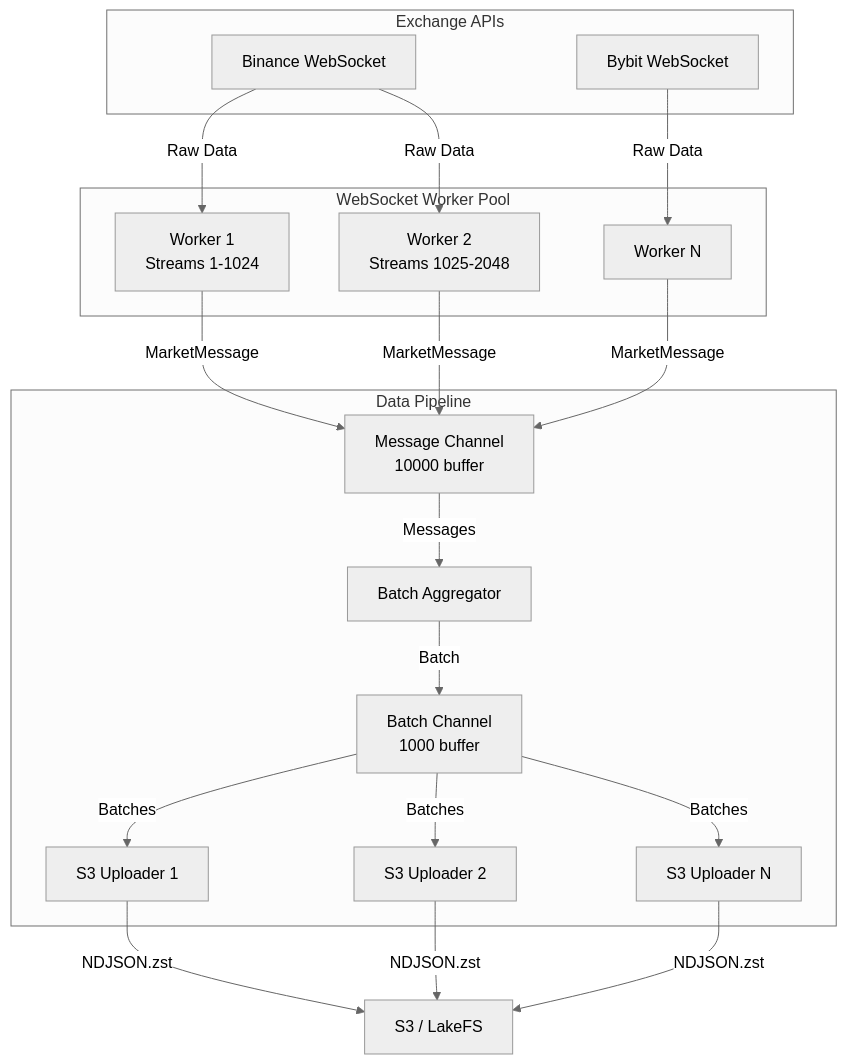
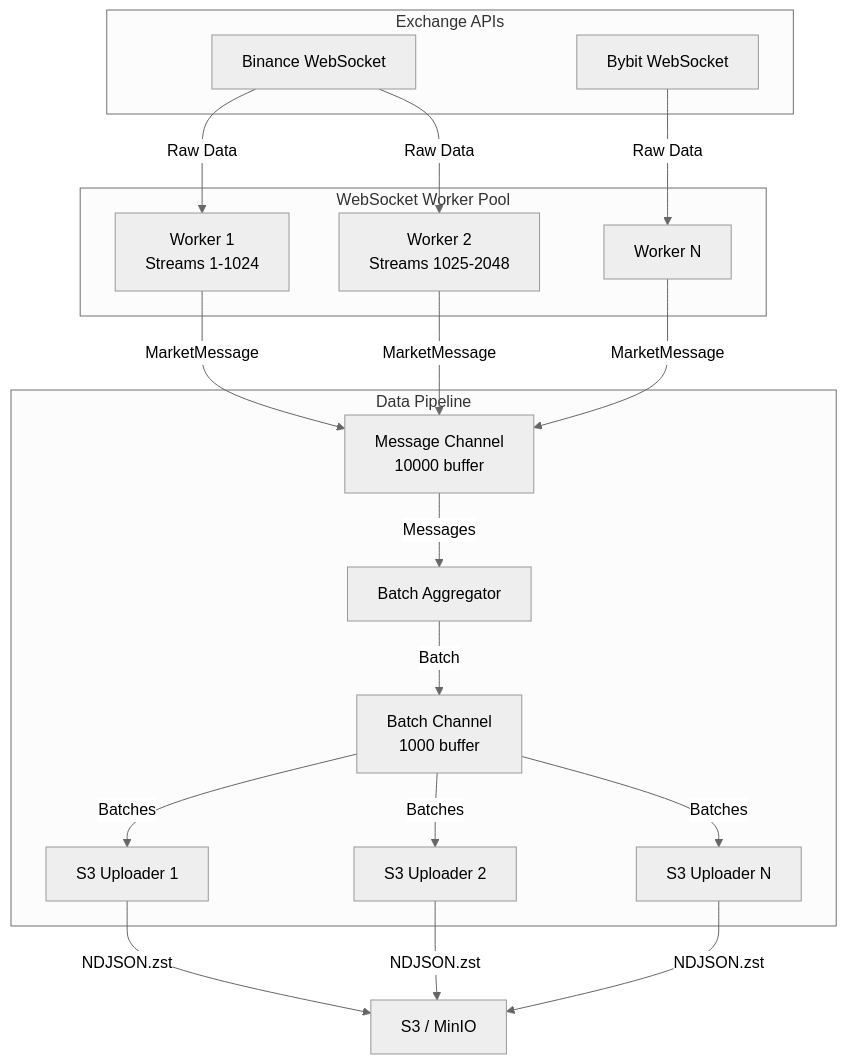
The first of 3 diagrams in docs/data-flow.md (trading-kits/market-chronicle), drawn with Mermaid (neutral theme) before and after one commit. The commit also changed 50 other files, not shown here.

````diff
--- a/docs/data-flow.md
+++ b/docs/data-flow.md
@@ -9,44 +9,44 @@
 ```mermaid
 graph TB
     subgraph exchanges [Exchange APIs]
         binance[Binance WebSocket]
         bybit[Bybit WebSocket]
     end
     
     subgraph workers [WebSocket Worker Pool]
         w1[Worker 1<br/>Streams 1-1024]
         w2[Worker 2<br/>Streams 1025-2048]
         wn[Worker N]
     end
     
     subgraph pipeline [Data Pipeline]
         msgChan[Message Channel<br/>10000 buffer]
         batcher[Batch Aggregator]
         batchChan[Batch Channel<br/>1000 buffer]
         u1[S3 Uploader 1]
         u2[S3 Uploader 2]
         un[S3 Uploader N]
     end
     
-    s3[S3 / LakeFS]
+    s3[S3 / MinIO]
     
     binance -->|Raw Data| w1
     binance -->|Raw Data| w2
     bybit -->|Raw Data| wn
     
     w1 -->|MarketMessage| msgChan
     w2 -->|MarketMessage| msgChan
     wn -->|MarketMessage| msgChan
     
     msgChan -->|Messages| batcher
     
     batcher -->|Batch| batchChan
     
     batchChan -->|Batches| u1
     batchChan -->|Batches| u2
     batchChan -->|Batches| un
     
     u1 -->|NDJSON.zst| s3
     u2 -->|NDJSON.zst| s3
     un -->|NDJSON.zst| s3
 ```
````
